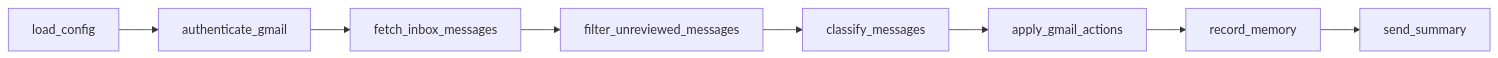
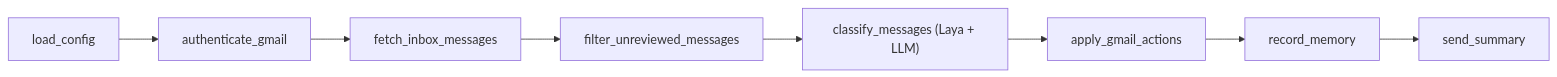
Before and after one commit to brandocomando/my_agentic_team: the second of 7 diagrams in gmail-inbox-agent/docs/Architecture.md, drawn with Mermaid. The commit also changed other lines of this file and 11 other files, not shown here.

````diff
--- a/gmail-inbox-agent/docs/Architecture.md
+++ b/gmail-inbox-agent/docs/Architecture.md
@@ -34,10 +36,10 @@
 ```mermaid
 flowchart LR
     A["load_config"] --> B["authenticate_gmail"]
     B --> C["fetch_inbox_messages"]
     C --> D["filter_unreviewed_messages"]
-    D --> E["classify_messages"]
+    D --> E["classify_messages (Laya + LLM)"]
     E --> F["apply_gmail_actions"]
     F --> G["record_memory"]
     G --> H["send_summary"]
 ```
````
